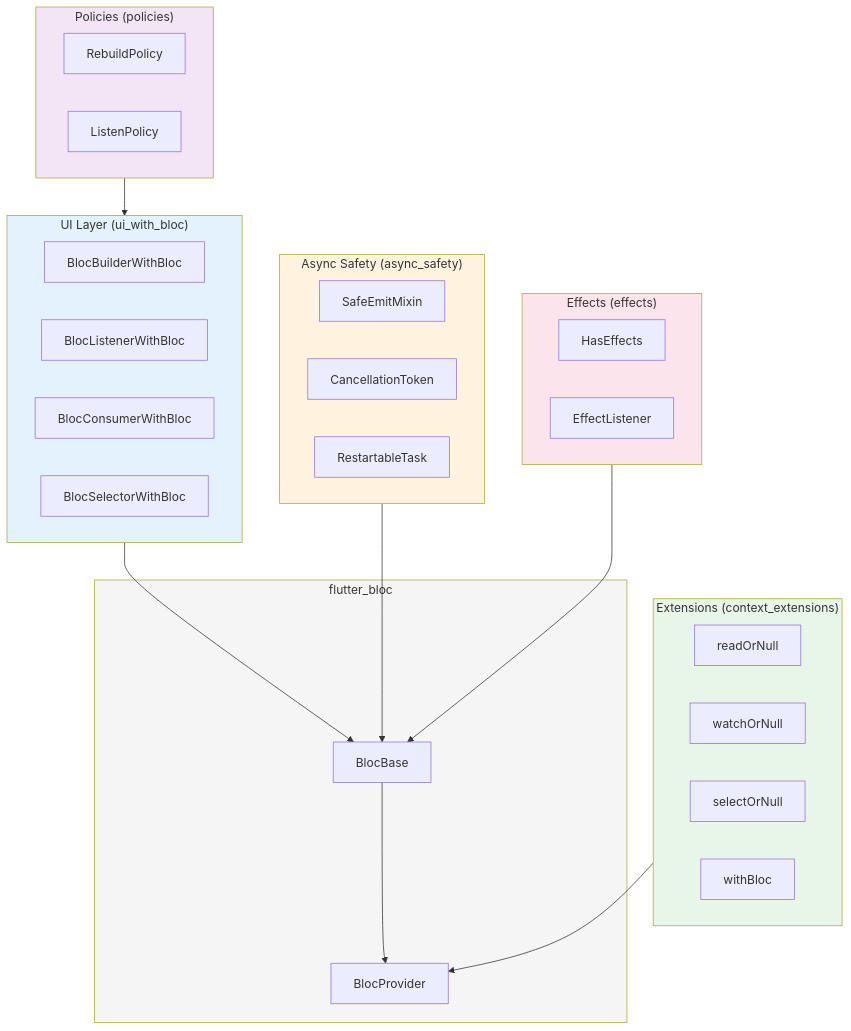
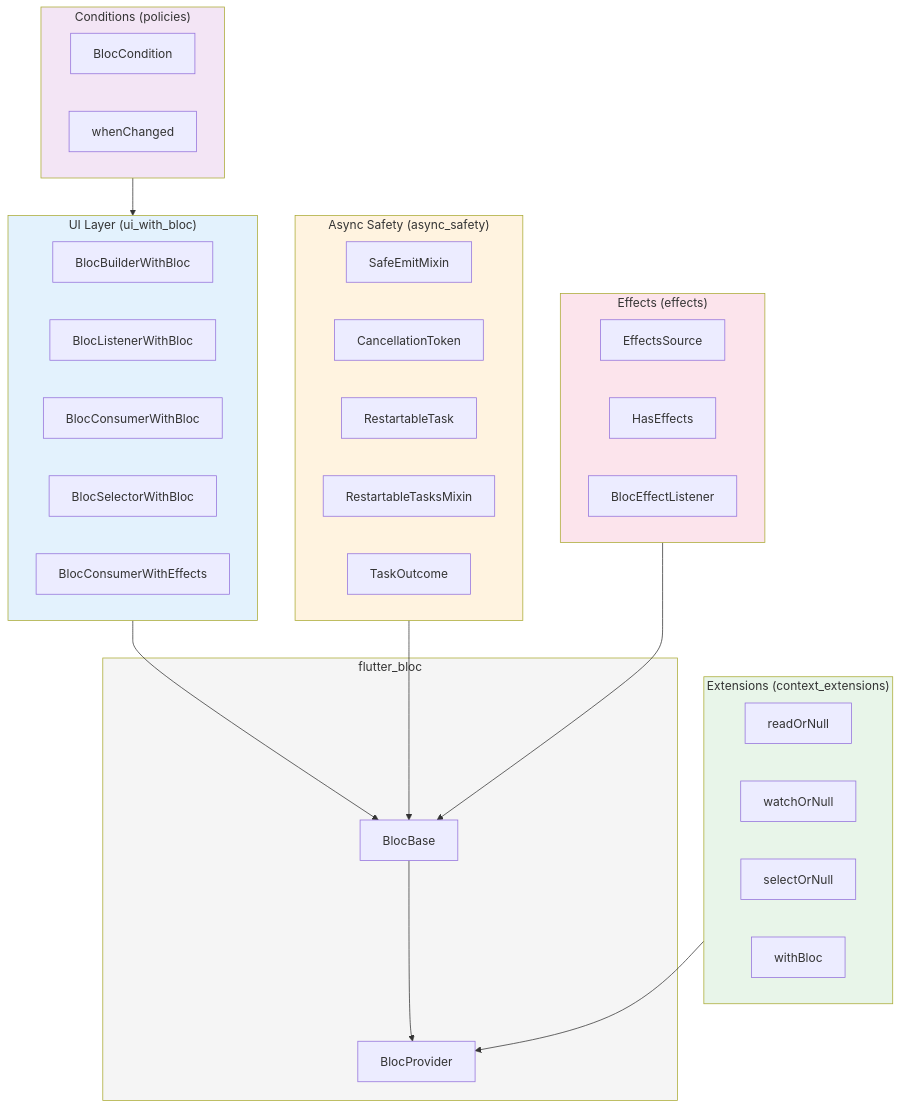
One commit to ephmoc/bloc_plus changed the second of 3 diagrams in docs/bloc_plus_PRD.md. Above: the diagram before and after it, drawn with Mermaid. The commit also changed other lines of this file and 55 other files, not shown here.

````diff
--- a/docs/bloc_plus_PRD.md
+++ b/docs/bloc_plus_PRD.md
@@ -179,51 +201,55 @@
 ```mermaid
 graph TB
     subgraph UI["UI Layer (ui_with_bloc)"]
         BB[BlocBuilderWithBloc]
         BL[BlocListenerWithBloc]
         BC[BlocConsumerWithBloc]
         BS[BlocSelectorWithBloc]
+        BE[BlocConsumerWithEffects]
     end
     
-    subgraph Policies["Policies (policies)"]
-        RP[RebuildPolicy]
-        LP[ListenPolicy]
+    subgraph Policies["Conditions (policies)"]
+        BCo[BlocCondition]
+        WC[whenChanged]
     end
     
     subgraph Extensions["Extensions (context_extensions)"]
         RO[readOrNull]
         WO[watchOrNull]
         SO[selectOrNull]
         WB[withBloc]
     end
     
     subgraph Async["Async Safety (async_safety)"]
         SE[SafeEmitMixin]
         CT[CancellationToken]
         RT[RestartableTask]
+        RM[RestartableTasksMixin]
+        TO[TaskOutcome]
     end
     
     subgraph Effects["Effects (effects)"]
+        ES[EffectsSource]
         HE[HasEffects]
-        EL[EffectListener]
+        EL[BlocEffectListener]
     end
     
     subgraph Bloc["flutter_bloc"]
         FB[BlocBase]
         BP[BlocProvider]
     end
     
     UI --> FB
     Policies --> UI
     Extensions --> BP
     Async --> FB
     Effects --> FB
     FB --> BP
     
     style UI fill:#e3f2fd
     style Policies fill:#f3e5f5
     style Extensions fill:#e8f5e9
     style Async fill:#fff3e0
     style Effects fill:#fce4ec
     style Bloc fill:#f5f5f5
 ```
````
